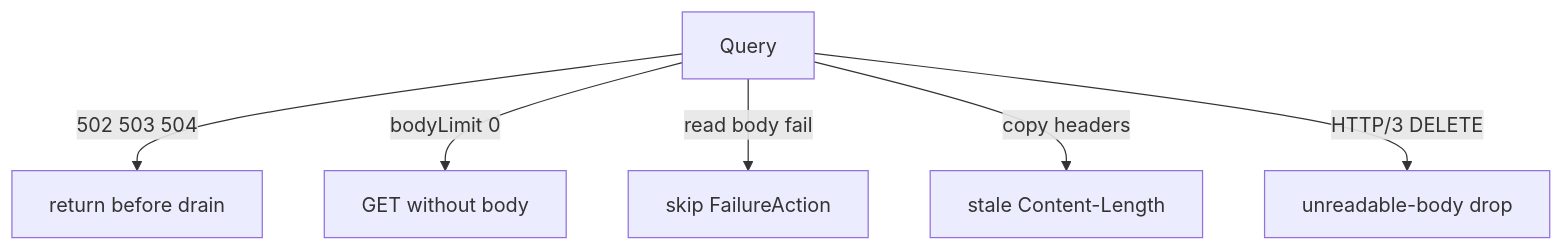
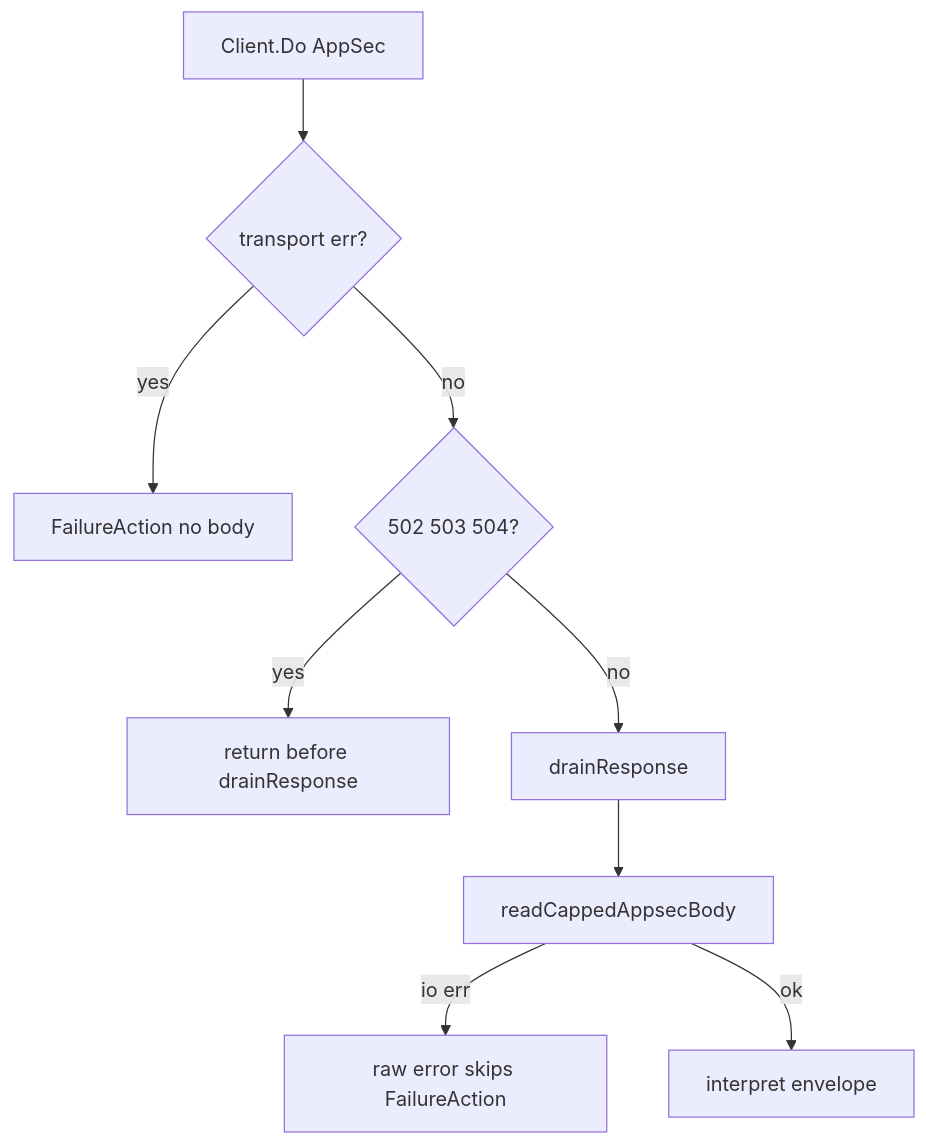
One commit to david-garcia-garcia/crowdsec-bouncer-traefik-plugin changed the diagram in devstate/2026/09/2026-09-17-appsec-query-hardening/card.md. Above: the diagram before and after it, drawn with Mermaid. The commit also changed other lines of this file and 2 other files, not shown here.

Commit message:
chore: record pullrequest card for 2026-09-17-appsec-query-hardening

````diff
--- a/devstate/2026/09/2026-09-17-appsec-query-hardening/card.md
+++ b/devstate/2026/09/2026-09-17-appsec-query-hardening/card.md
@@ -17,9 +17,11 @@
 ```mermaid
 flowchart TD
-  Q[Query]
-  Q -->|502 503 504| Leak[return before drain]
-  Q -->|bodyLimit 0| NoBody[GET without body]
-  Q -->|read body fail| Skip[skip FailureAction]
-  Q -->|copy headers| Stale[stale Content-Length]
-  Q -->|HTTP/3 DELETE| Drop[unreadable-body drop]
+  Do[Client.Do AppSec] --> Err{transport err?}
+  Err -->|yes| FA1[FailureAction no body]
+  Err -->|no| RP{502 503 504?}
+  RP -->|yes| Skip[return before drainResponse]
+  RP -->|no| Drain[drainResponse]
+  Drain --> Read[readCappedAppsecBody]
+  Read -->|io err| Raw[raw error skips FailureAction]
+  Read -->|ok| JSON[interpret envelope]
 ```
````
